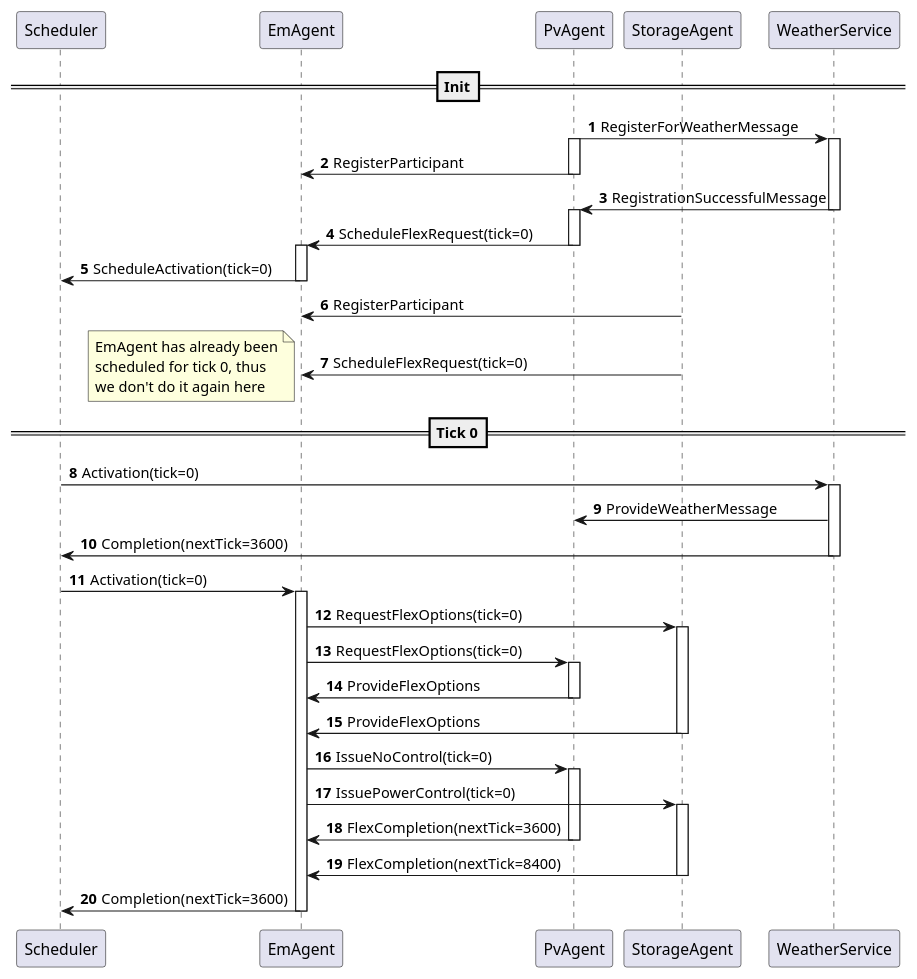
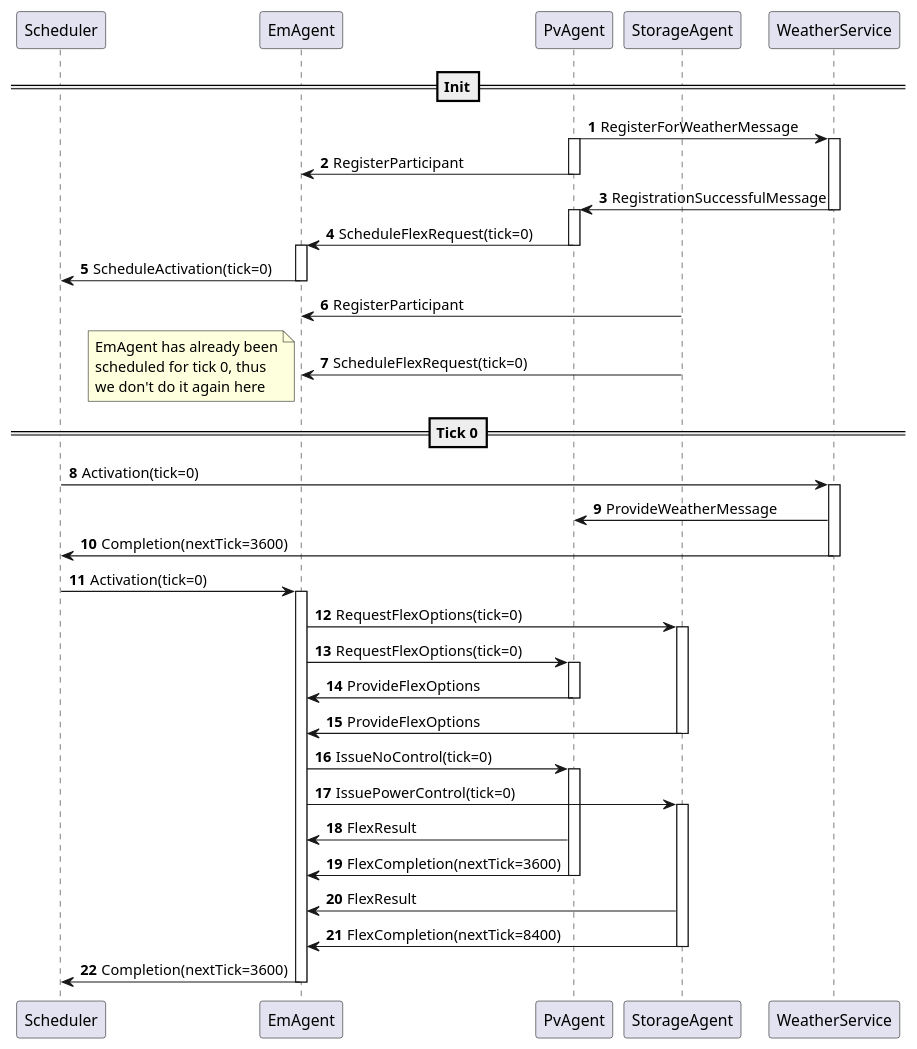
Before and after one commit to ie3-institute/simona: the diagram in docs/uml/protocol/em/UncontrolledEm.puml, drawn with PlantUML. The commit also changed 9 other files, not shown here.

```diff
--- a/docs/uml/protocol/em/UncontrolledEm.puml
+++ b/docs/uml/protocol/em/UncontrolledEm.puml
@@ -1,80 +1,82 @@
 @startuml
 'https://plantuml.com/sequence-diagram
 
 ' set fixed order
 participant Scheduler
 participant EmAgent
 participant PvAgent
 participant StorageAgent
 participant WeatherService
 
 autonumber
 
 ==Init==
 
 PvAgent -> WeatherService: RegisterForWeatherMessage
 activate PvAgent
 activate WeatherService
 PvAgent -> EmAgent: RegisterParticipant
 deactivate PvAgent
 
 WeatherService -> PvAgent: RegistrationSuccessfulMessage
 deactivate WeatherService
 activate PvAgent
 PvAgent -> EmAgent: ScheduleFlexRequest(tick=0)
 deactivate PvAgent
 activate EmAgent
 
 EmAgent -> Scheduler: ScheduleActivation(tick=0)
 deactivate EmAgent
 
 StorageAgent -> EmAgent: RegisterParticipant
 StorageAgent -> EmAgent: ScheduleFlexRequest(tick=0)
 
 note left
 EmAgent has already been
 scheduled for tick 0, thus
 we don't do it again here
 end note
 
 ==Tick 0==
 
 Scheduler -> WeatherService: Activation(tick=0)
 activate WeatherService
 
 WeatherService -> PvAgent: ProvideWeatherMessage
 
 WeatherService -> Scheduler: Completion(nextTick=3600)
 deactivate WeatherService
 
 Scheduler -> EmAgent: Activation(tick=0)
 activate EmAgent
 
 EmAgent -> StorageAgent: RequestFlexOptions(tick=0)
 activate StorageAgent
 
 EmAgent -> PvAgent: RequestFlexOptions(tick=0)
 activate PvAgent
 
 PvAgent -> EmAgent: ProvideFlexOptions
 deactivate PvAgent
 
 StorageAgent -> EmAgent: ProvideFlexOptions
 deactivate StorageAgent
 
 EmAgent -> PvAgent: IssueNoControl(tick=0)
 activate PvAgent
 
 EmAgent -> StorageAgent: IssuePowerControl(tick=0)
 activate StorageAgent
 
+PvAgent -> EmAgent: FlexResult
 PvAgent -> EmAgent: FlexCompletion(nextTick=3600)
 deactivate PvAgent
 
+StorageAgent -> EmAgent: FlexResult
 StorageAgent -> EmAgent: FlexCompletion(nextTick=8400)
 deactivate StorageAgent
 
 EmAgent -> Scheduler: Completion(nextTick=3600)
 deactivate EmAgent
 
 @enduml
```
